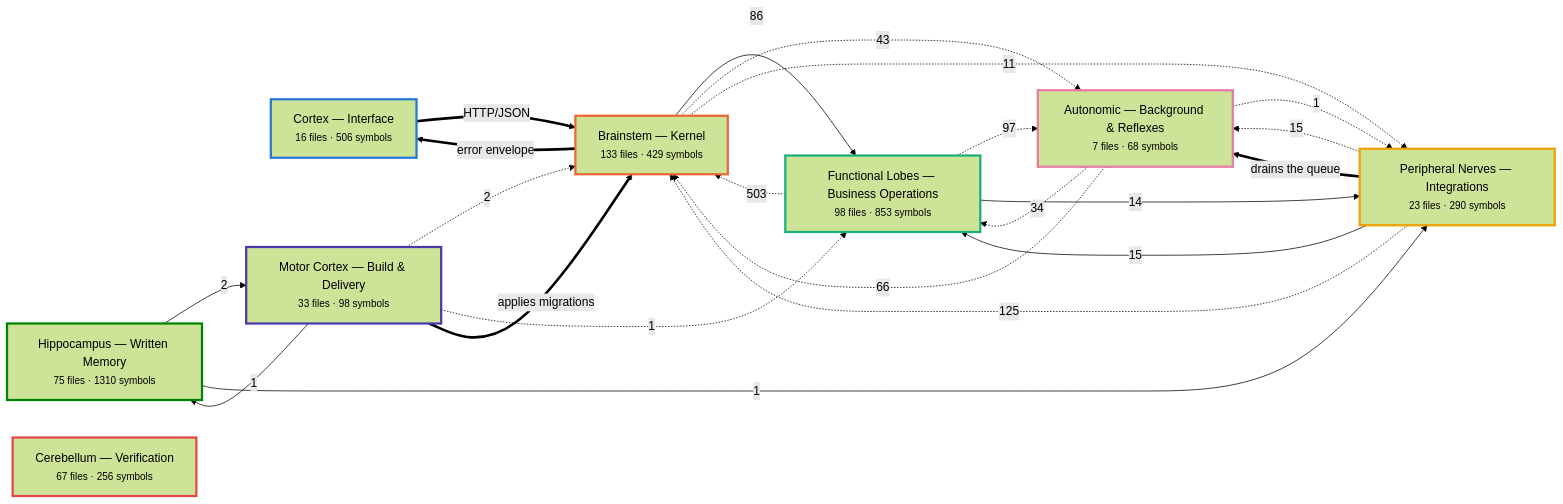
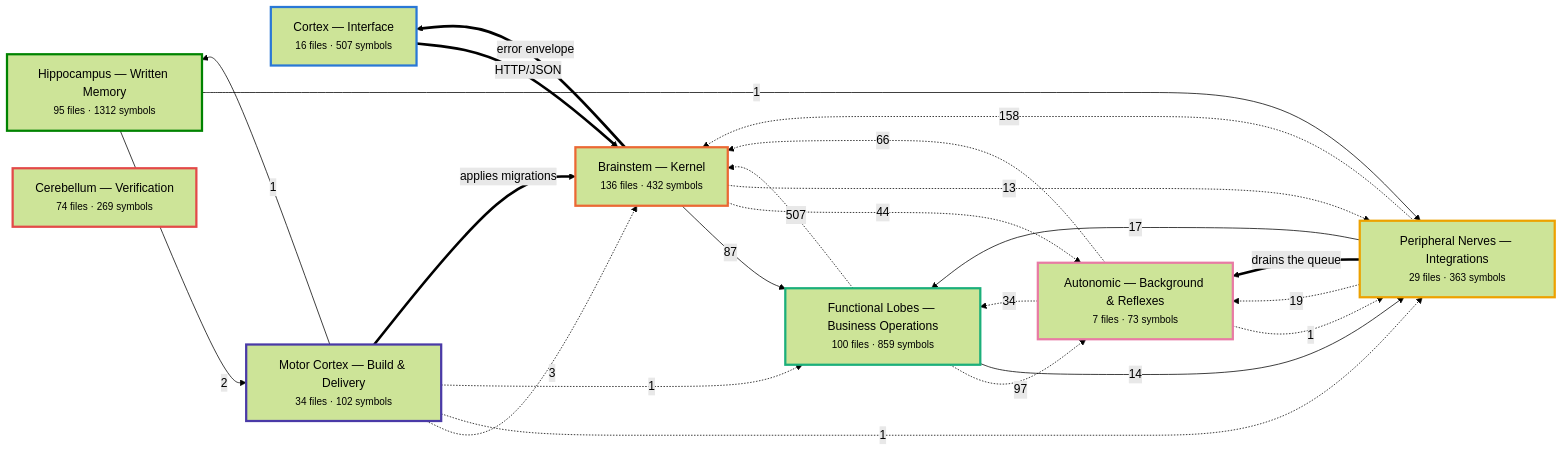
One commit to Vishalnayak226/custom_erp changed the first of 7 diagrams in docs/brain/BRAIN.md. Above: the diagram before and after it, drawn with Mermaid (forest theme). The commit also changed other lines of this file and 67 other files, not shown here.

````diff
--- a/docs/brain/BRAIN.md
+++ b/docs/brain/BRAIN.md
@@ -35,48 +35,49 @@
 ```mermaid
 flowchart LR
-  n_cortex["Cortex — Interface<br/><small>16 files · 506 symbols</small>"]
-  n_brainstem["Brainstem — Kernel<br/><small>133 files · 429 symbols</small>"]
-  n_business["Functional Lobes — Business Operations<br/><small>98 files · 853 symbols</small>"]
-  n_peripheral["Peripheral Nerves — Integrations<br/><small>23 files · 290 symbols</small>"]
-  n_autonomic["Autonomic — Background & Reflexes<br/><small>7 files · 68 symbols</small>"]
-  n_memory["Hippocampus — Written Memory<br/><small>75 files · 1310 symbols</small>"]
-  n_motor["Motor Cortex — Build & Delivery<br/><small>33 files · 98 symbols</small>"]
-  n_verification["Cerebellum — Verification<br/><small>67 files · 256 symbols</small>"]
-  n_business -.->|503| n_brainstem
-  n_peripheral -.->|125| n_brainstem
+  n_cortex["Cortex — Interface<br/><small>16 files · 507 symbols</small>"]
+  n_brainstem["Brainstem — Kernel<br/><small>136 files · 432 symbols</small>"]
+  n_business["Functional Lobes — Business Operations<br/><small>100 files · 859 symbols</small>"]
+  n_peripheral["Peripheral Nerves — Integrations<br/><small>29 files · 363 symbols</small>"]
+  n_autonomic["Autonomic — Background & Reflexes<br/><small>7 files · 73 symbols</small>"]
+  n_memory["Hippocampus — Written Memory<br/><small>95 files · 1312 symbols</small>"]
+  n_motor["Motor Cortex — Build & Delivery<br/><small>34 files · 102 symbols</small>"]
+  n_verification["Cerebellum — Verification<br/><small>74 files · 269 symbols</small>"]
+  n_business -.->|507| n_brainstem
+  n_peripheral -.->|158| n_brainstem
   n_business -.->|97| n_autonomic
-  n_brainstem -->|86| n_business
+  n_brainstem -->|87| n_business
   n_autonomic -.->|66| n_brainstem
-  n_brainstem -.->|43| n_autonomic
+  n_brainstem -.->|44| n_autonomic
   n_autonomic -.->|34| n_business
-  n_peripheral -.->|15| n_autonomic
-  n_peripheral -->|15| n_business
+  n_peripheral -.->|19| n_autonomic
+  n_peripheral -->|17| n_business
   n_business -->|14| n_peripheral
-  n_brainstem -.->|11| n_peripheral
+  n_brainstem -.->|13| n_peripheral
+  n_motor -.->|3| n_brainstem
   n_memory -->|2| n_motor
-  n_motor -.->|2| n_brainstem
-  n_motor -->|1| n_memory
+  n_motor -.->|1| n_peripheral
   n_autonomic -.->|1| n_peripheral
   n_memory -->|1| n_peripheral
   n_motor -.->|1| n_business
+  n_motor -->|1| n_memory
   n_brainstem ==>|error envelope| n_cortex
   n_cortex ==>|HTTP/JSON| n_brainstem
   n_motor ==>|applies migrations| n_brainstem
   n_peripheral ==>|drains the queue| n_autonomic
   classDef n_cortex stroke:#2a78d6,stroke-width:3px;
   class n_cortex n_cortex;
   classDef n_brainstem stroke:#eb6834,stroke-width:3px;
   class n_brainstem n_brainstem;
   classDef n_business stroke:#1baf7a,stroke-width:3px;
   class n_business n_business;
   classDef n_peripheral stroke:#eda100,stroke-width:3px;
   class n_peripheral n_peripheral;
   classDef n_autonomic stroke:#e87ba4,stroke-width:3px;
   class n_autonomic n_autonomic;
   classDef n_memory stroke:#008300,stroke-width:3px;
   class n_memory n_memory;
   classDef n_motor stroke:#4a3aa7,stroke-width:3px;
   class n_motor n_motor;
   classDef n_verification stroke:#e34948,stroke-width:3px;
   class n_verification n_verification;
 ```
````
